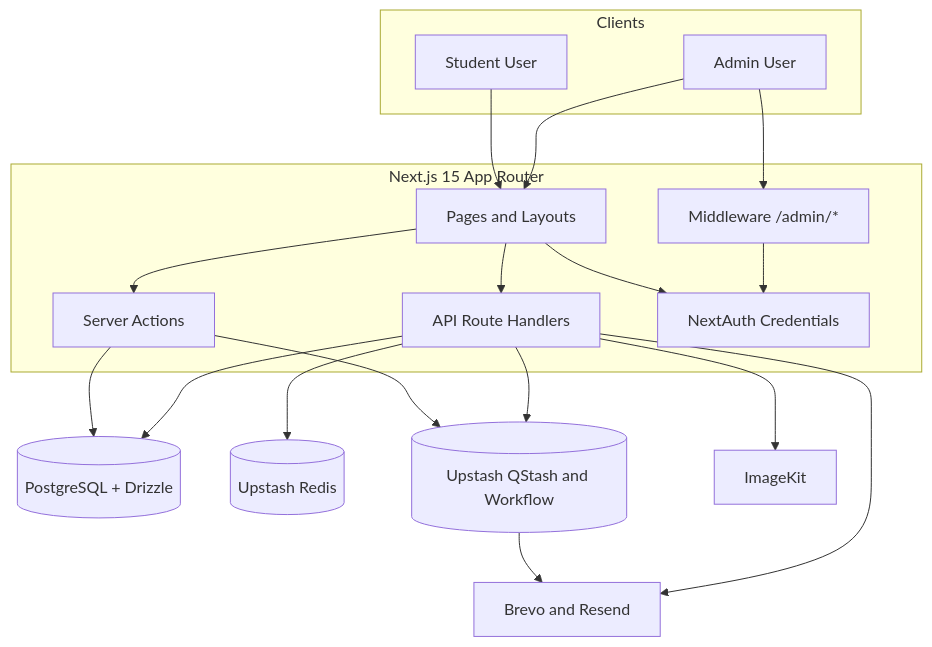
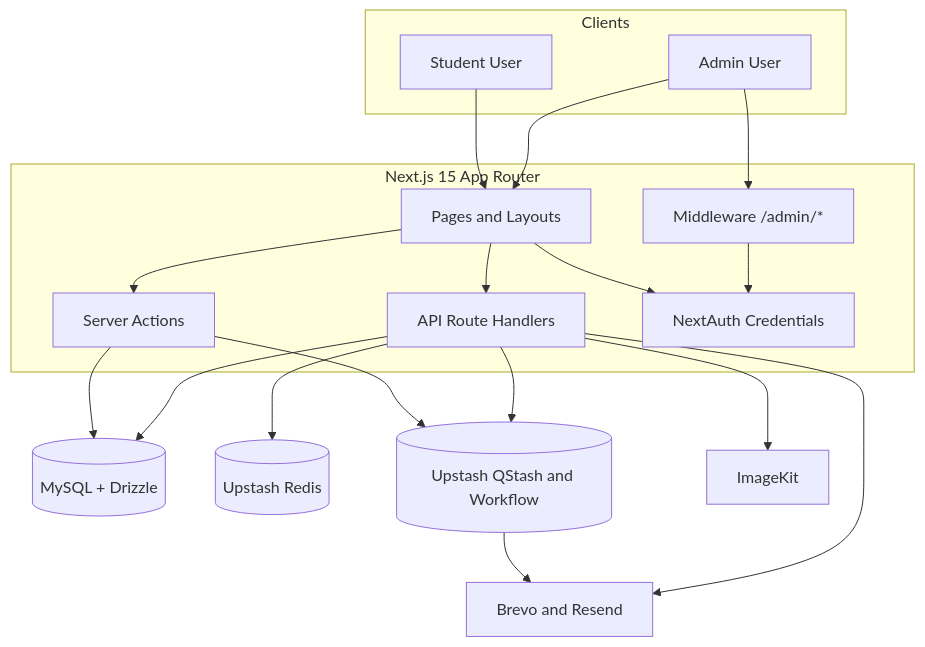
One commit to AnouarMohamed/Mundia_library changed the first of 6 diagrams in README.md. Above: the diagram before and after it, drawn with Mermaid. The commit also changed other lines of this file and 3 other files, not shown here.

````diff
--- a/README.md
+++ b/README.md
@@ -107,39 +108,39 @@
 ```mermaid
 flowchart TB
   subgraph Clients
     STUDENT[Student User]
     ADMIN[Admin User]
   end
 
   subgraph Web[Next.js 15 App Router]
     UI[Pages and Layouts]
     SA[Server Actions]
     API[API Route Handlers]
     AUTH[NextAuth Credentials]
     MW[Middleware /admin/*]
   end
 
-  DB[(PostgreSQL + Drizzle)]
+  DB[(MySQL + Drizzle)]
   REDIS[(Upstash Redis)]
   QSTASH[(Upstash QStash and Workflow)]
   IMG[ImageKit]
   MAIL[Brevo and Resend]
 
   STUDENT --> UI
   ADMIN --> UI
 
   UI --> AUTH
   UI --> SA
   UI --> API
   ADMIN --> MW
   MW --> AUTH
 
   SA --> DB
   API --> DB
   API --> REDIS
   API --> IMG
   SA --> QSTASH
   API --> QSTASH
   QSTASH --> MAIL
   API --> MAIL
 ```
````
